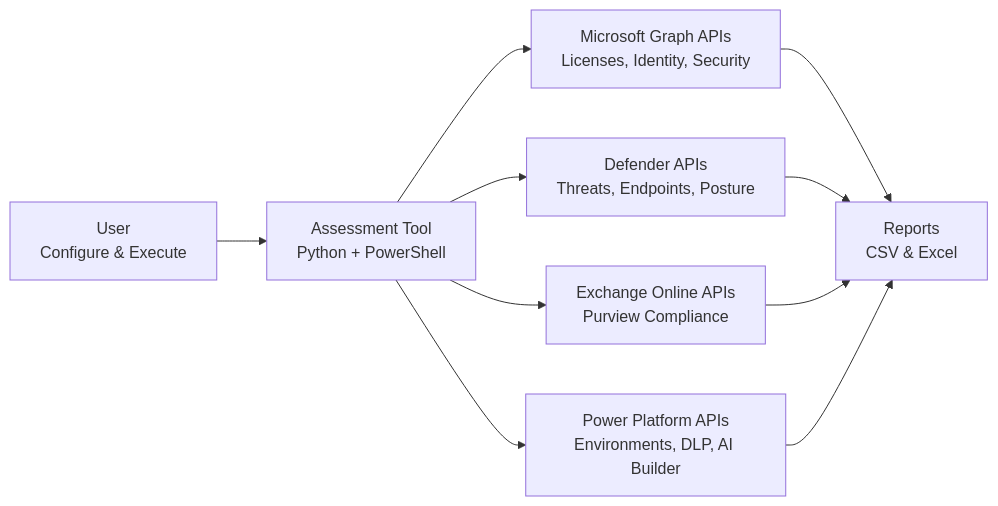
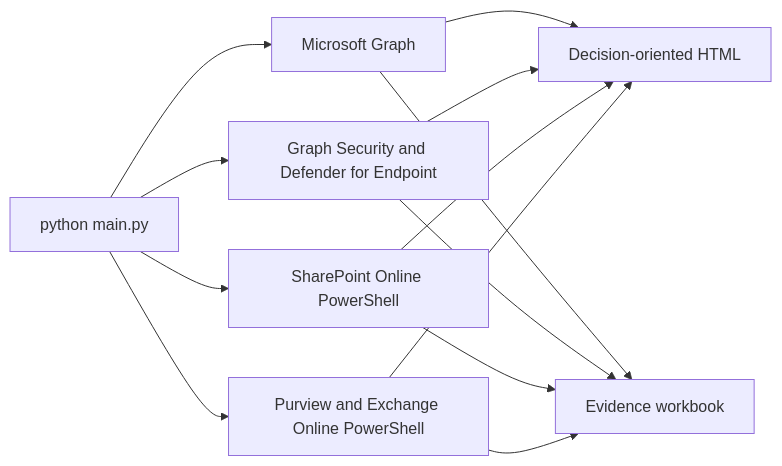
The diagram in README.md (AMedrano117/M365-Copilot-Readiness-Assessment), drawn with Mermaid before and after one commit. The commit also changed other lines of this file and 52 other files, not shown here.

````diff
--- a/README.md
+++ b/README.md
@@ -20,12 +15,15 @@
 ```mermaid
-graph LR
-    A[User<br/>Configure & Execute] --> B[Assessment Tool<br/>Python + PowerShell]
-    B --> C[Microsoft Graph APIs<br/>Licenses, Identity, Security]
-    B --> D[Defender APIs<br/>Threats, Endpoints, Posture]
-    B --> E[Exchange Online APIs<br/>Purview Compliance]
-    B --> F[Power Platform APIs<br/>Environments, DLP, AI Builder]
-    C --> G[Reports<br/>CSV & Excel]
+flowchart LR
+    A[python main.py] --> B[Microsoft Graph]
+    A --> C[Graph Security and Defender for Endpoint]
+    A --> D[SharePoint Online PowerShell]
+    A --> E[Purview and Exchange Online PowerShell]
+    B --> F[Decision-oriented HTML]
+    C --> F
+    D --> F
+    E --> F
+    B --> G[Evidence workbook]
+    C --> G
     D --> G
     E --> G
-    F --> G
 ```
````
